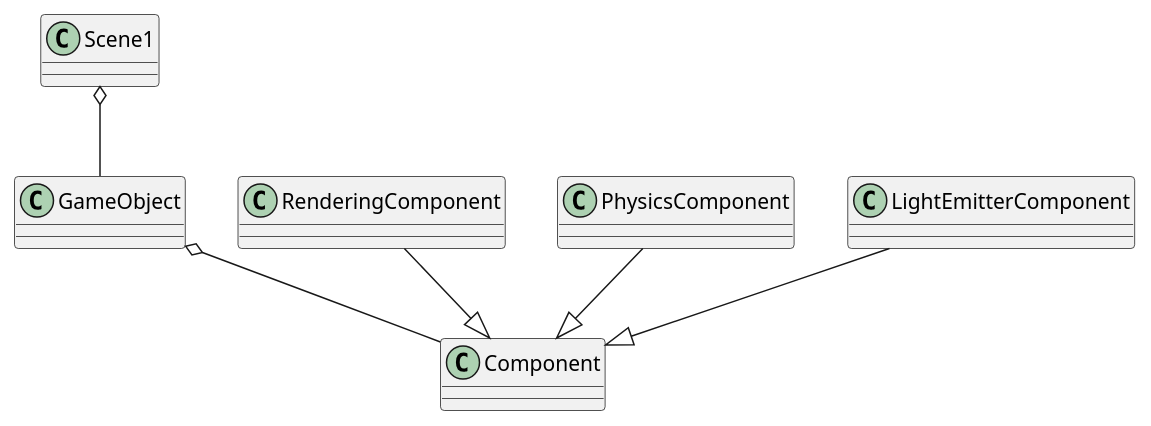
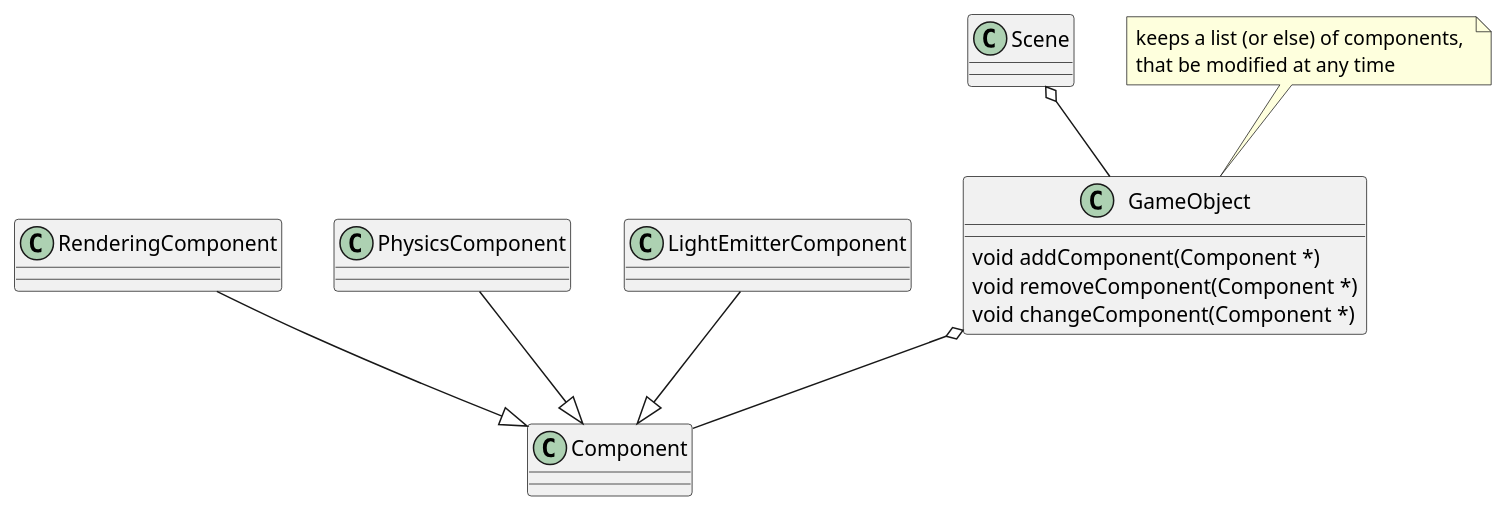
Before and after one commit to Pixotters/FROG: the diagram in docs/diagrams/components_a.pu, drawn with PlantUML. The commit also changed 1 other file, not shown here.

Commit message:
updated diagrams

```diff
--- a/docs/diagrams/components_a.pu
+++ b/docs/diagrams/components_a.pu
@@ -1,9 +1,20 @@
 @startuml
 
-Scene1 o-- GameObject
+class GameObject{
+      void addComponent(Component *)
+      void removeComponent(Component *)
+      void changeComponent(Component *)
+}
+
+
+Scene o-- GameObject
 GameObject o-- Component
 RenderingComponent --|> Component
 PhysicsComponent --|> Component
 LightEmitterComponent --|> Component
 
+note "keeps a list (or else) of components, \nthat be modified at any time" as CompStruct
+
+CompStruct .. GameObject
+
 @enduml
```
